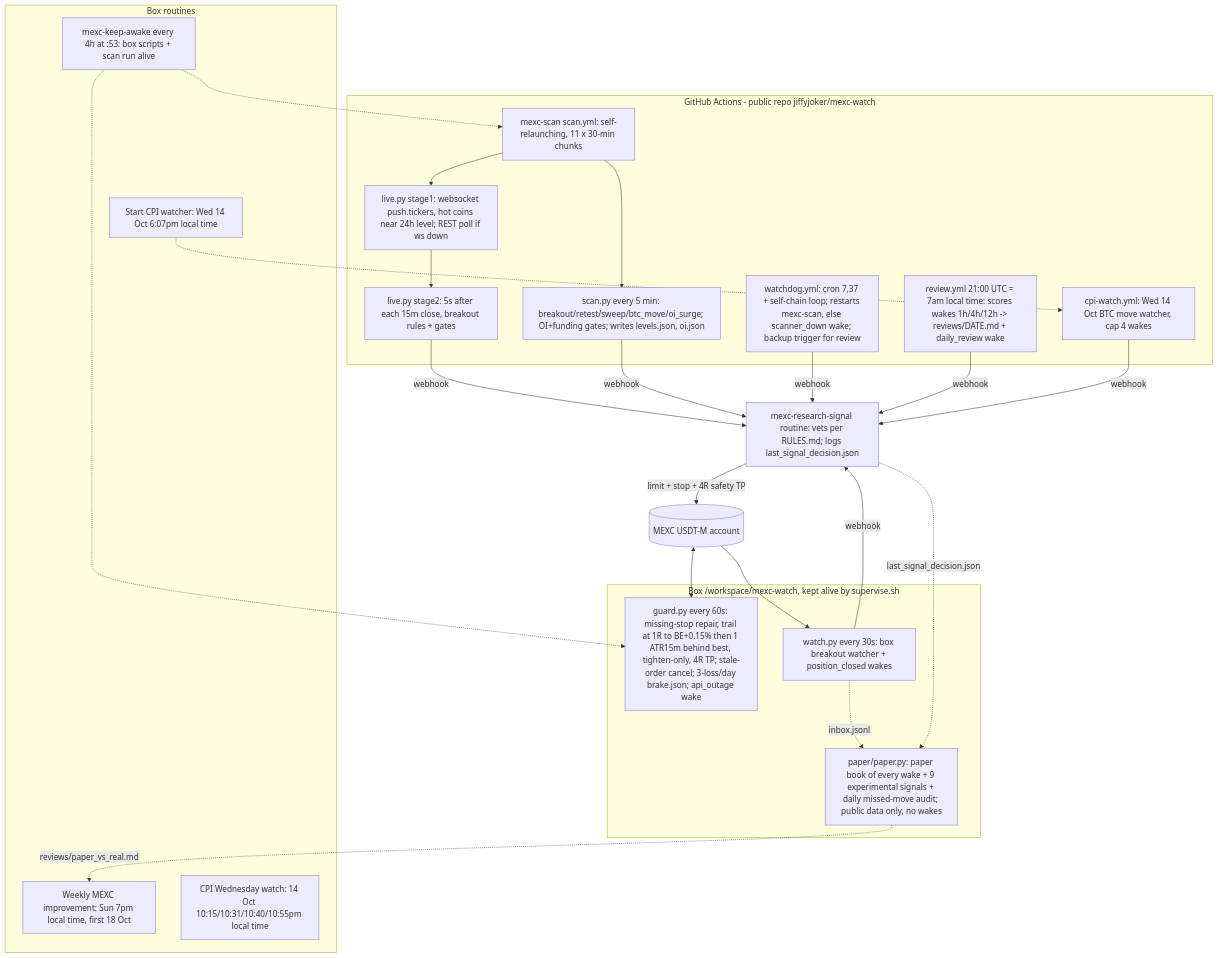
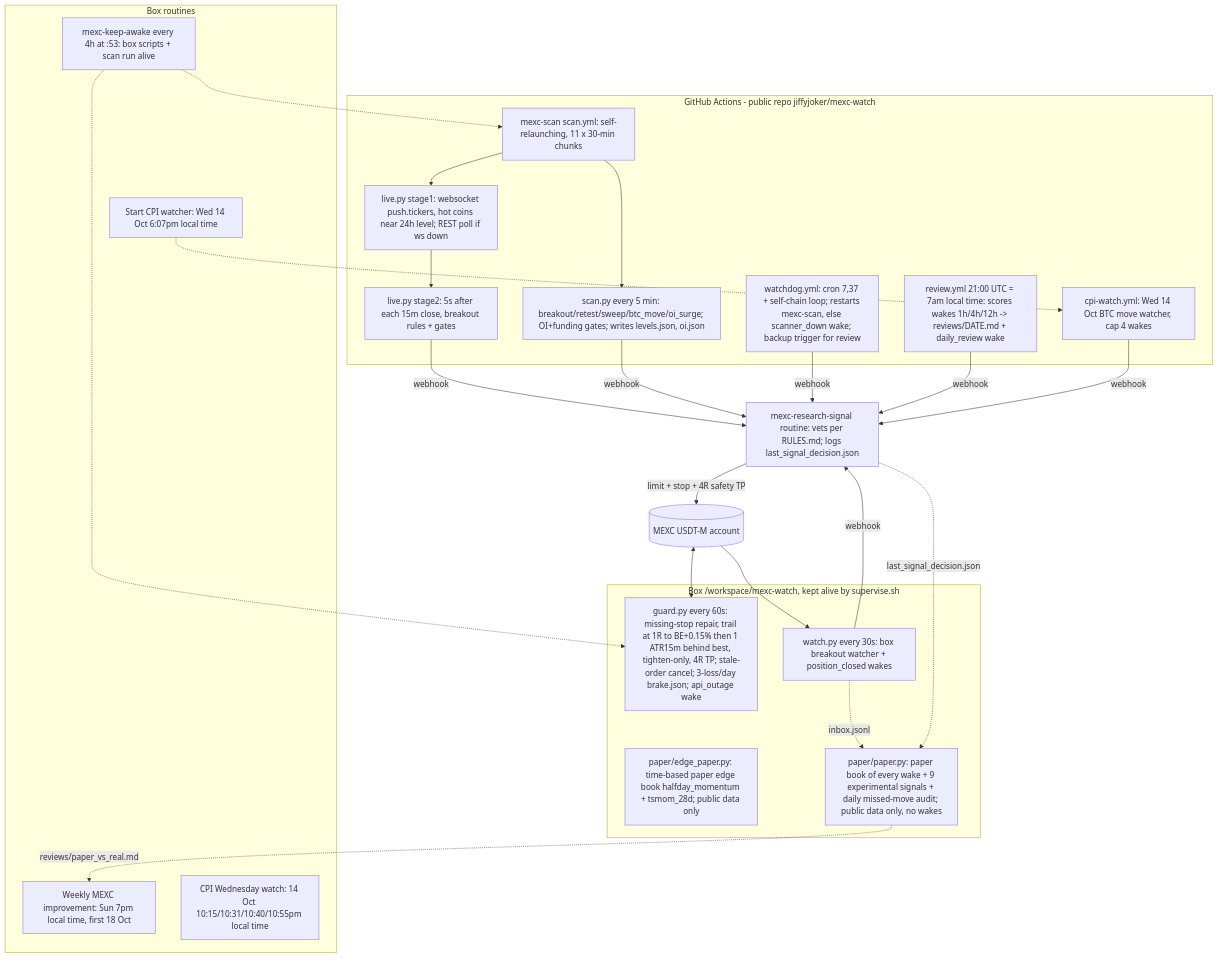
Before and after one commit to jiffyjoker/mexc-watch: the diagram in SYSTEM_MAP.md, drawn with Mermaid. The commit also changed other lines of this file, not shown here.

Commit message:
system map: broad edge search, edge paper book

````diff
--- a/SYSTEM_MAP.md
+++ b/SYSTEM_MAP.md
@@ -5,39 +5,40 @@
 ```mermaid
 flowchart TD
   subgraph GH[GitHub Actions - public repo jiffyjoker/mexc-watch]
     SCAN[mexc-scan scan.yml: self-relaunching, 11 x 30-min chunks]
     WS[live.py stage1: websocket push.tickers, hot coins near 24h level; REST poll if ws down]
     S2[live.py stage2: 5s after each 15m close, breakout rules + gates]
     REST[scan.py every 5 min: breakout/retest/sweep/btc_move/oi_surge; OI+funding gates; writes levels.json, oi.json]
     WD[watchdog.yml: cron 7,37 + self-chain loop; restarts mexc-scan, else scanner_down wake; backup trigger for review]
     RV[review.yml 21:00 UTC = 7am local time: scores wakes 1h/4h/12h -> reviews/DATE.md + daily_review wake]
     CPI[cpi-watch.yml: Wed 14 Oct BTC move watcher, cap 4 wakes]
     SCAN --> WS --> S2
     SCAN --> REST
   end
   S2 -->|webhook| R[mexc-research-signal routine: vets per RULES.md; logs last_signal_decision.json]
   REST -->|webhook| R
   WD -->|webhook| R
   RV -->|webhook| R
   CPI -->|webhook| R
   R -->|limit + stop + 4R safety TP| MEXC[(MEXC USDT-M account)]
   subgraph BOX[Box /workspace/mexc-watch, kept alive by supervise.sh]
     G[guard.py every 60s: missing-stop repair, trail at 1R to BE+0.15% then 1 ATR15m behind best, tighten-only, 4R TP; stale-order cancel; 3-loss/day brake.json; api_outage wake]
     W[watch.py every 30s: box breakout watcher + position_closed wakes]
+    EP[paper/edge_paper.py: time-based paper edge book halfday_momentum + tsmom_28d; public data only]
     PB[paper/paper.py: paper book of every wake + 9 experimental signals + daily missed-move audit; public data only, no wakes]
   end
   MEXC <--> G
   MEXC --> W -->|webhook| R
   W -.->|inbox.jsonl| PB
   R -.->|last_signal_decision.json| PB
   PB -.->|reviews/paper_vs_real.md| WK
   subgraph RT[Box routines]
     KA[mexc-keep-awake every 4h at :53: box scripts + scan run alive]
     CW[CPI Wednesday watch: 14 Oct 10:15/10:31/10:40/10:55pm local time]
     SC[Start CPI watcher: Wed 14 Oct 6:07pm local time]
     WK[Weekly MEXC improvement: Sun 7pm local time, first 18 Oct]
   end
   KA -.-> SCAN
   KA -.-> G
   SC -.-> CPI
 ```
````
